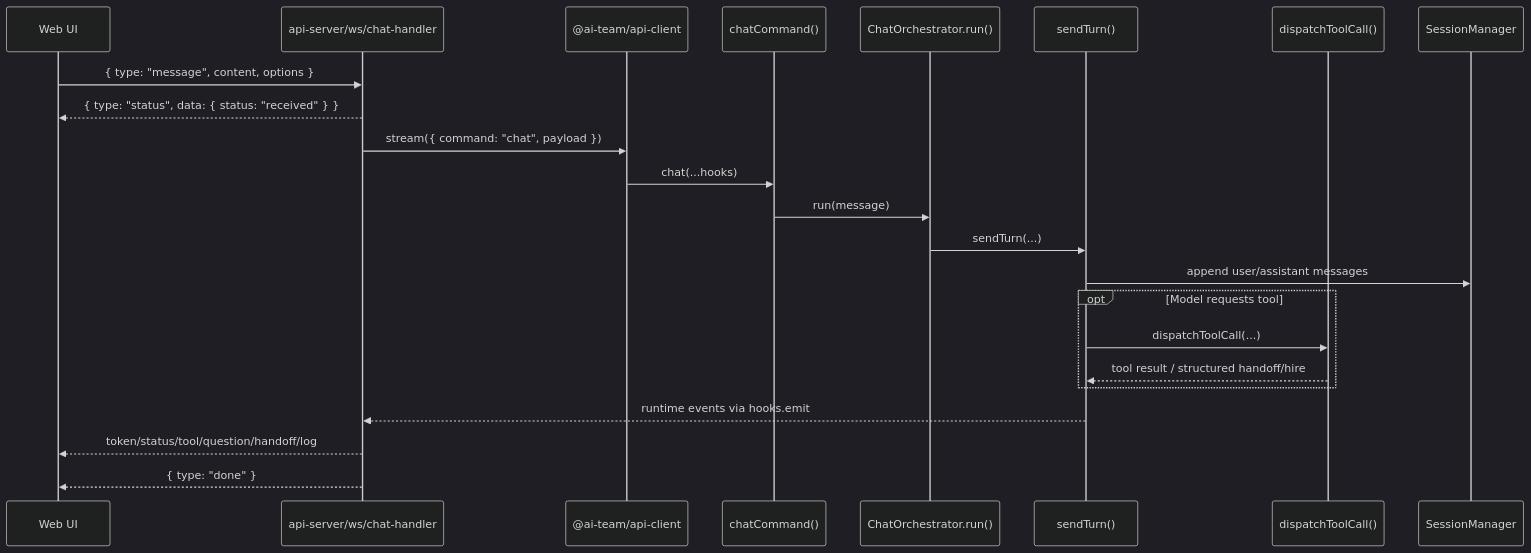
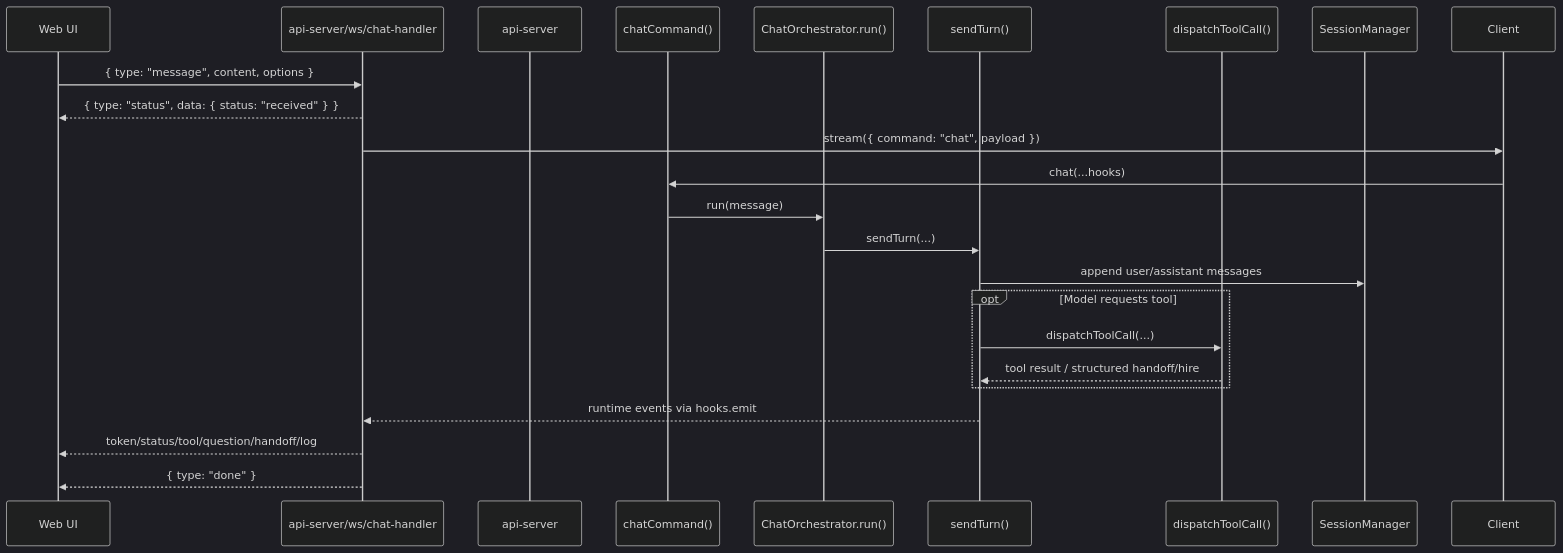
The second of 2 diagrams in docs/architecture/overview.md (cmeierost/ai-team), drawn with Mermaid (dark theme) before and after one commit. The commit also changed other lines of this file and 156 other files, not shown here.

````diff
--- a/docs/architecture/overview.md
+++ b/docs/architecture/overview.md
@@ -190,26 +191,26 @@
 ```mermaid
 sequenceDiagram
   participant UI as Web UI
   participant WS as api-server/ws/chat-handler
-  participant Client as @ai-team/api-client
+  participant API as api-server
   participant Cmd as chatCommand()
   participant Orch as ChatOrchestrator.run()
   participant Turn as sendTurn()
   participant Tools as dispatchToolCall()
   participant Store as SessionManager
 
   UI->>WS: { type: "message", content, options }
   WS-->>UI: { type: "status", data: { status: "received" } }
   WS->>Client: stream({ command: "chat", payload })
   Client->>Cmd: chat(...hooks)
   Cmd->>Orch: run(message)
   Orch->>Turn: sendTurn(...)
   Turn->>Store: append user/assistant messages
   opt Model requests tool
     Turn->>Tools: dispatchToolCall(...)
     Tools-->>Turn: tool result / structured handoff/hire
   end
   Turn-->>WS: runtime events via hooks.emit
   WS-->>UI: token/status/tool/question/handoff/log
   WS-->>UI: { type: "done" }
 ```
````
